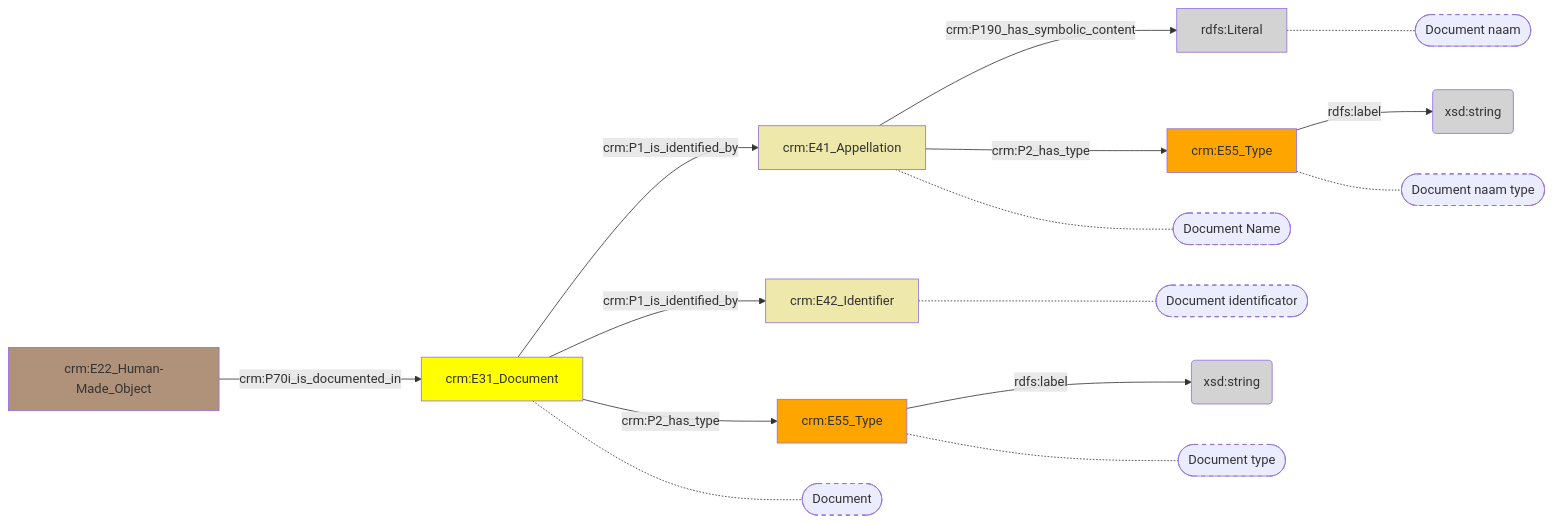
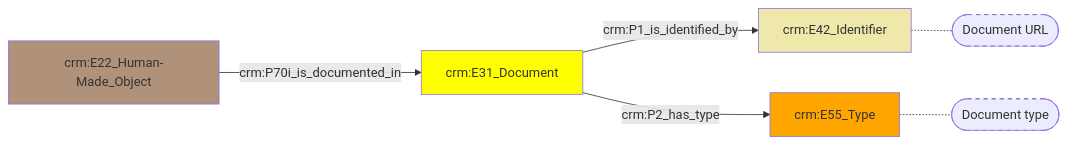
The diagram in docs/content/modellen/MuseologicalObject/VerwantMateriaal.md (digipolisantwerpdocumentation/antwerp-cultureel-erfgoed), drawn with Mermaid before and after one commit. The commit also changed 170 other files, not shown here.

````diff
--- a/docs/content/modellen/MuseologicalObject/VerwantMateriaal.md
+++ b/docs/content/modellen/MuseologicalObject/VerwantMateriaal.md
@@ -1,32 +1,14 @@
 ```mermaid
 graph LR
-cdab170e-6674-11ee-974d-00163e71351b["crm:E41_Appellation"]-->|"crm:P190_has_symbolic_content"|cdab2104-6674-11ee-974d-00163e71351b(rdfs:Literal)
-cdab2460-6674-11ee-974d-00163e71351b["crm:E55_Type"]-->|"rdfs:label"|cdab25dc-6674-11ee-974d-00163e71351b(xsd:string)
-cdab2762-6674-11ee-974d-00163e71351b["crm:E55_Type"]-->|"rdfs:label"|cdab28de-6674-11ee-974d-00163e71351b(xsd:string)
-cdab170e-6674-11ee-974d-00163e71351b["crm:E41_Appellation"]-->|"crm:P2_has_type"|cdab2460-6674-11ee-974d-00163e71351b["crm:E55_Type"]
-cdab1c72-6674-11ee-974d-00163e71351b["crm:E31_Document"]-->|"crm:P1_is_identified_by"|cdab170e-6674-11ee-974d-00163e71351b["crm:E41_Appellation"]
+style cdab1c72-6674-11ee-974d-00163e71351b fill:#ffff00
+style cdab22d0-6674-11ee-974d-00163e71351b fill:#EEE8AA
+style cdab2762-6674-11ee-974d-00163e71351b fill:#ffa500
+style fa95cea2-dd27-11ed-9655-00163e71351b fill:#B0927A
+style cdab22d0-6674-11ee-974d-00163e71351b_s stroke-dasharray: 5
+style cdab2762-6674-11ee-974d-00163e71351b_s stroke-dasharray: 5
 cdab1c72-6674-11ee-974d-00163e71351b["crm:E31_Document"]-->|"crm:P1_is_identified_by"|cdab22d0-6674-11ee-974d-00163e71351b["crm:E42_Identifier"]
 cdab1c72-6674-11ee-974d-00163e71351b["crm:E31_Document"]-->|"crm:P2_has_type"|cdab2762-6674-11ee-974d-00163e71351b["crm:E55_Type"]
 fa95cea2-dd27-11ed-9655-00163e71351b["crm:E22_Human-Made_Object"]-->|"crm:P70i_is_documented_in"|cdab1c72-6674-11ee-974d-00163e71351b["crm:E31_Document"]
-cdab2104-6674-11ee-974d-00163e71351b["rdfs:Literal"]-.-cdab2104-6674-11ee-974d-00163e71351b_s(["Document naam"])
-cdab2460-6674-11ee-974d-00163e71351b["crm:E55_Type"]-.-cdab2460-6674-11ee-974d-00163e71351b_s(["Document naam type"])
-cdab170e-6674-11ee-974d-00163e71351b["crm:E41_Appellation"]-.-cdab170e-6674-11ee-974d-00163e71351b_s(["Document Name"])
-cdab22d0-6674-11ee-974d-00163e71351b["crm:E42_Identifier"]-.-cdab22d0-6674-11ee-974d-00163e71351b_s(["Document identificator"])
+cdab22d0-6674-11ee-974d-00163e71351b["crm:E42_Identifier"]-.-cdab22d0-6674-11ee-974d-00163e71351b_s(["Document URL"])
 cdab2762-6674-11ee-974d-00163e71351b["crm:E55_Type"]-.-cdab2762-6674-11ee-974d-00163e71351b_s(["Document type"])
-cdab1c72-6674-11ee-974d-00163e71351b["crm:E31_Document"]-.-cdab1c72-6674-11ee-974d-00163e71351b_s(["Document"])
-style cdab2104-6674-11ee-974d-00163e71351b_s stroke-dasharray: 5
-style cdab2460-6674-11ee-974d-00163e71351b_s stroke-dasharray: 5
-style cdab170e-6674-11ee-974d-00163e71351b_s stroke-dasharray: 5
-style cdab22d0-6674-11ee-974d-00163e71351b_s stroke-dasharray: 5
-style cdab2762-6674-11ee-974d-00163e71351b_s stroke-dasharray: 5
-style cdab1c72-6674-11ee-974d-00163e71351b_s stroke-dasharray: 5
-style cdab170e-6674-11ee-974d-00163e71351b fill:#EEE8AA
-style cdab1c72-6674-11ee-974d-00163e71351b fill:#ffff00
-style cdab2104-6674-11ee-974d-00163e71351b fill:#D3D3D3
-style cdab22d0-6674-11ee-974d-00163e71351b fill:#EEE8AA
-style cdab2460-6674-11ee-974d-00163e71351b fill:#ffa500
-style cdab25dc-6674-11ee-974d-00163e71351b fill:#D3D3D3
-style cdab2762-6674-11ee-974d-00163e71351b fill:#ffa500
-style cdab28de-6674-11ee-974d-00163e71351b fill:#D3D3D3
-style fa95cea2-dd27-11ed-9655-00163e71351b fill:#B0927A
 ```
````
